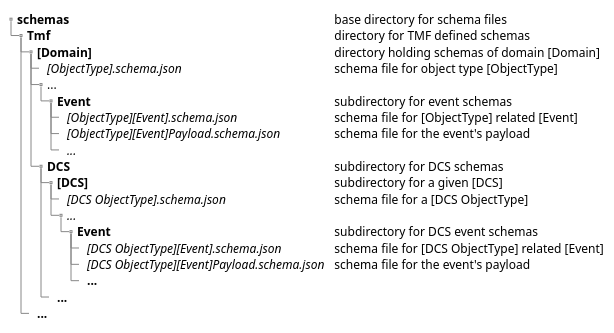
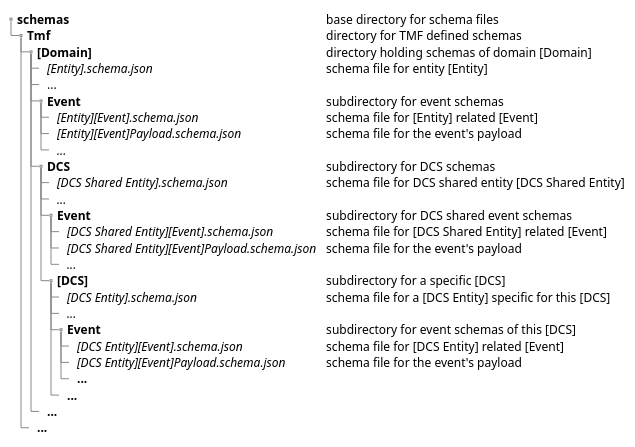
Before and after one commit to tmforum-rand/ig1353-api-developers-guide: the diagram in images/part3-schema-directory-structure.puml, drawn with PlantUML. The commit also changed 2 other files, not shown here.

```diff
--- a/images/part3-schema-directory-structure.puml
+++ b/images/part3-schema-directory-structure.puml
@@ -1,25 +1,32 @@
 @startsalt
 {
 {T
- +<b>schemas</b>                                           | base directory for schema files
- ++<b>Tmf</b>                                              | directory for TMF defined schemas 
- +++<b>[Domain]</b>                                        | directory holding schemas of domain [Domain]
- ++++<i>[ObjectType].schema.json</i>                       | schema file for object type [ObjectType]
+ +<b>schemas</b>                                             | base directory for schema files
+ ++<b>Tmf</b>                                                | directory for TMF defined schemas 
+ +++<b>[Domain]</b>                                          | directory holding schemas of domain [Domain]
+ ++++<i>[Entity].schema.json</i>                             | schema file for entity [Entity]
  ++++...
- +++++<b>Event</b>                                         | subdirectory for event schemas
- ++++++<i>[ObjectType][Event].schema.json</i>              | schema file for [ObjectType] related [Event] 
- ++++++<i>[ObjectType][Event]Payload.schema.json</i>       | schema file for the event's payload
+ ++++<b>Event</b>                                            | subdirectory for event schemas
+ +++++<i>[Entity][Event].schema.json</i>                     | schema file for [Entity] related [Event] 
+ +++++<i>[Entity][Event]Payload.schema.json</i>              | schema file for the event's payload
+ +++++<i>...</i>
+ ++++<b>DCS</b>                                              | subdirectory for DCS schemas
+ +++++<i>[DCS Shared Entity].schema.json</i>                 | schema file for DCS shared entity [DCS Shared Entity]
+ +++++<i>...</i>
+ +++++<b>Event</b>                                           | subdirectory for DCS shared event schemas
+ ++++++<i>[DCS Shared Entity][Event].schema.json</i>         | schema file for [DCS Shared Entity] related [Event]
+ ++++++<i>[DCS Shared Entity][Event]Payload.schema.json</i>  | schema file for the event's payload
  ++++++<i>...</i>
- ++++<b>DCS</b>                                            | subdirectory for DCS schemas
- +++++<b>[DCS]</b>                                         | subdirectory for a given [DCS]
- ++++++<i>[DCS ObjectType].schema.json</i>                 | schema file for a [DCS ObjectType]
+ +++++<b>[DCS]</b>                                           | subdirectory for a specific [DCS]
+ ++++++<i>[DCS Entity].schema.json</i>                       | schema file for a [DCS Entity] specific for this [DCS]
  ++++++<i>...</i>
- +++++++<b>Event</b>                                       | subdirectory for DCS event schemas
- ++++++++<i>[DCS ObjectType][Event].schema.json</i>        | schema file for [DCS ObjectType] related [Event]
- ++++++++<i>[DCS ObjectType][Event]Payload.schema.json</i> | schema file for the event's payload
- ++++++++<b>...</b>
- +++++<b>...</b>
+ ++++++<b>Event</b>                                          | subdirectory for event schemas of this [DCS]
+ +++++++<i>[DCS Entity][Event].schema.json</i>               | schema file for [DCS Entity] related [Event]
+ +++++++<i>[DCS Entity][Event]Payload.schema.json</i>        | schema file for the event's payload
+ +++++++<b>...</b>
+ ++++++<b>...</b>
+ ++++<b>...</b>
  +++<b>...</b>
 }
 }
 @endsalt
```
